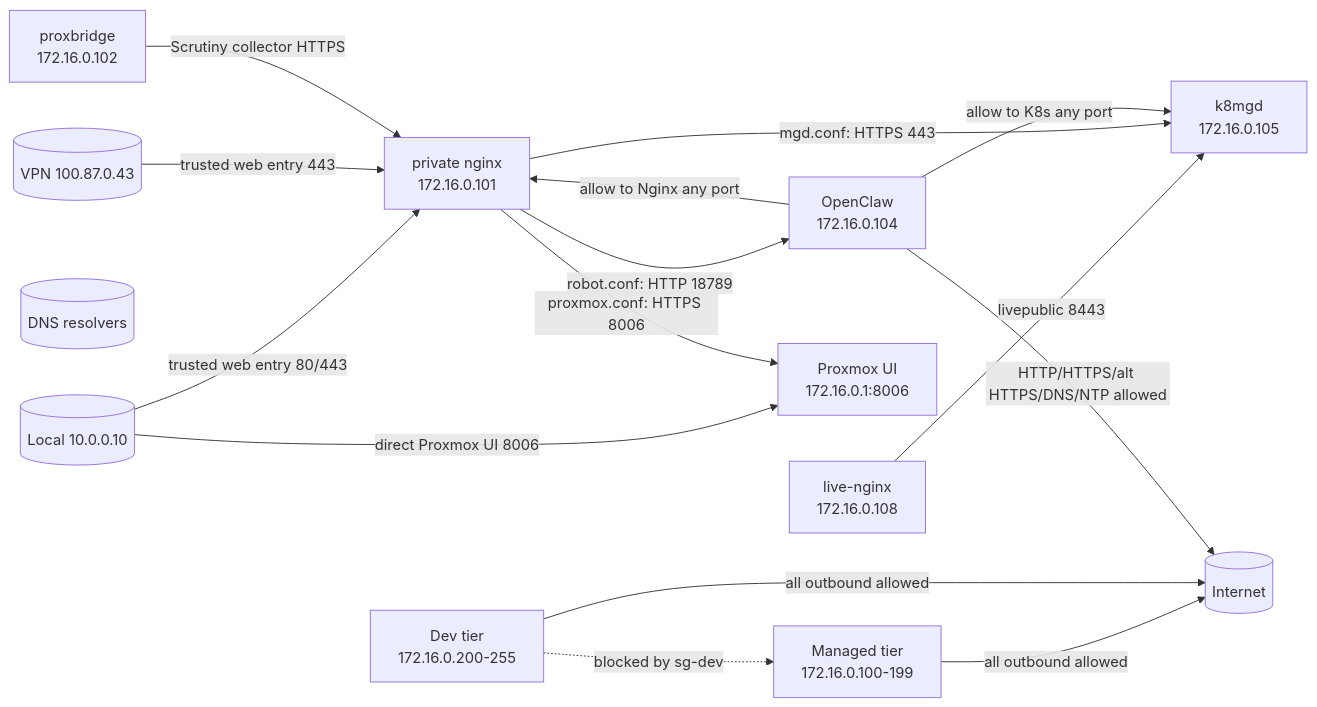
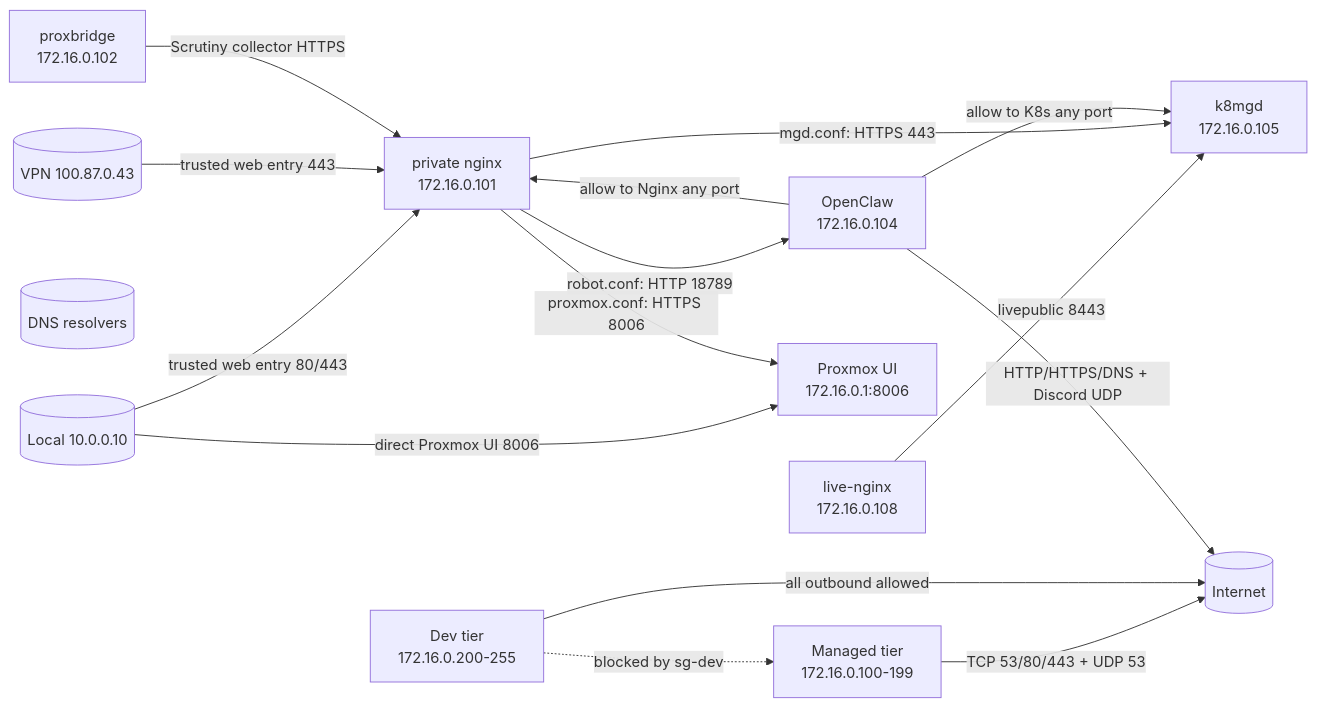
The diagram in infrastructure/terra/proxmox/README.md (nirmalhk7/operationscenter), drawn with Mermaid before and after one commit. The commit also changed other lines of this file and 9 other files, not shown here.

````diff
--- a/infrastructure/terra/proxmox/README.md
+++ b/infrastructure/terra/proxmox/README.md
@@ -9,33 +9,33 @@
 ```mermaid
 flowchart LR
   Local[(Local 10.0.0.10)]
   VPN[(VPN 100.87.0.43)]
   DNS[(DNS resolvers)]
   Internet[(Internet)]
   Nginx["private nginx<br/>172.16.0.101"]
   LiveNginx["live-nginx<br/>172.16.0.108"]
   K8s["k8mgd<br/>172.16.0.105"]
   OpenClaw["OpenClaw<br/>172.16.0.104"]
   ProxmoxUI["Proxmox UI<br/>172.16.0.1:8006"]
   ManagedNet["Managed tier<br/>172.16.0.100-199"]
   DevNet["Dev tier<br/>172.16.0.200-255"]
   Proxbridge["proxbridge<br/>172.16.0.102"]
 
   Local -->|direct Proxmox UI 8006| ProxmoxUI
   Local -->|trusted web entry 80/443| Nginx
   VPN -->|trusted web entry 443| Nginx
   LiveNginx -->|livepublic 8443| K8s
 
   Nginx -->|mgd.conf: HTTPS 443| K8s
   Nginx -->|proxmox.conf: HTTPS 8006| ProxmoxUI
   Nginx -->|robot.conf: HTTP 18789| OpenClaw
   Proxbridge -->|Scrutiny collector HTTPS| Nginx
 
-  ManagedNet -->|all outbound allowed| Internet
+  ManagedNet -->|TCP 53/80/443 + UDP 53| Internet
   DevNet -->|all outbound allowed| Internet
   DevNet -.->|blocked by sg-dev| ManagedNet
 
   OpenClaw -->|allow to Nginx any port| Nginx
   OpenClaw -->|allow to K8s any port| K8s
-  OpenClaw -->|HTTP/HTTPS/alt HTTPS/DNS/NTP allowed| Internet
+  OpenClaw -->|HTTP/HTTPS/DNS + Discord UDP| Internet
 ```
````
